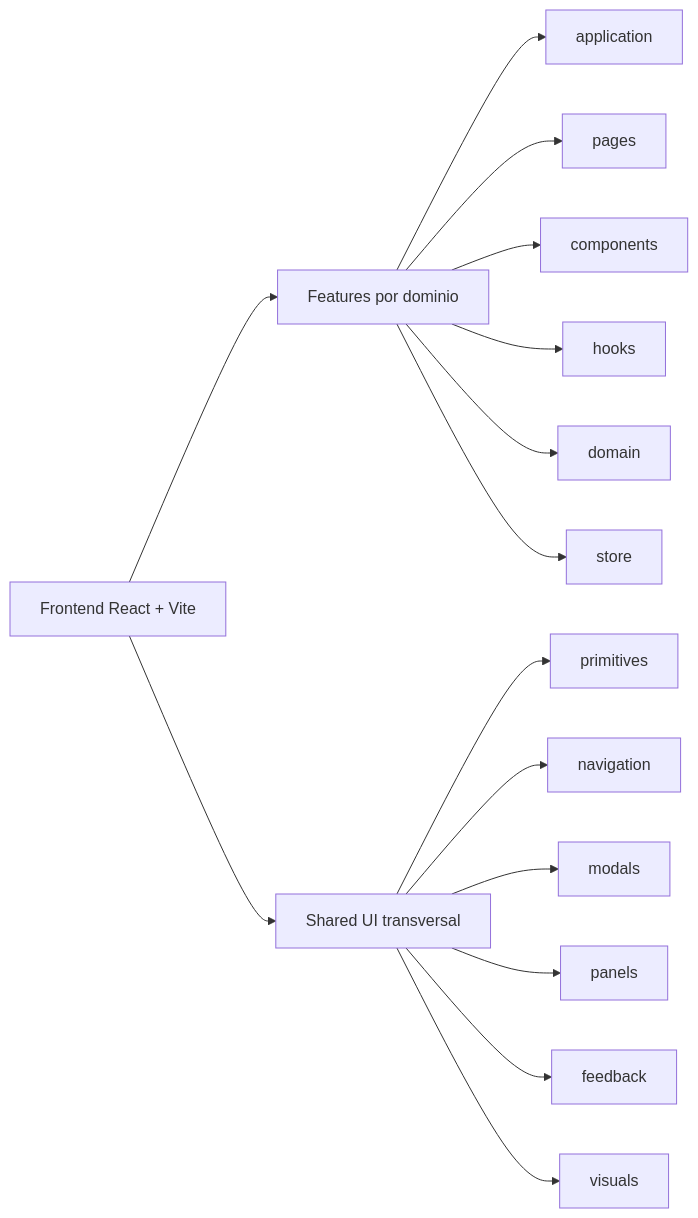
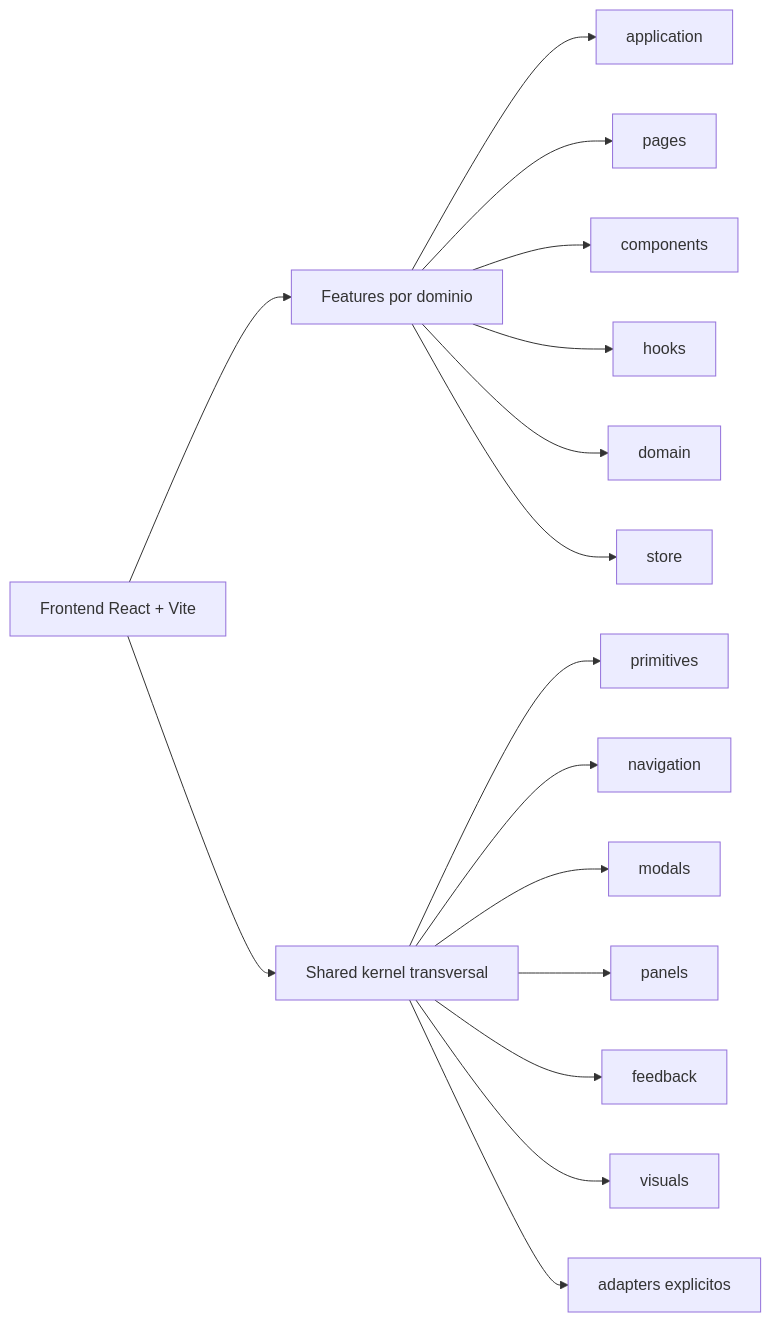
Before and after one commit to Fixius50/WorlBuilding-Writting-App: the first of 2 diagrams in README.md, drawn with Mermaid. The commit also changed other lines of this file and 119 other files, not shown here.

````diff
--- a/README.md
+++ b/README.md
@@ -46,18 +46,19 @@
 ```mermaid
 flowchart LR
 	UI[Frontend React + Vite] --> F[Features por dominio]
 	F --> A[application]
 	F --> P[pages]
 	F --> C[components]
 	F --> H[hooks]
 	F --> D[domain]
 	F --> S[store]
 
-	UI --> SH[Shared UI transversal]
+	UI --> SH[Shared kernel transversal]
 	SH --> SH1[primitives]
 	SH --> SH2[navigation]
 	SH --> SH3[modals]
 	SH --> SH4[panels]
 	SH --> SH5[feedback]
 	SH --> SH6[visuals]
+	SH --> SHA[adapters explicitos]
 ```
````
